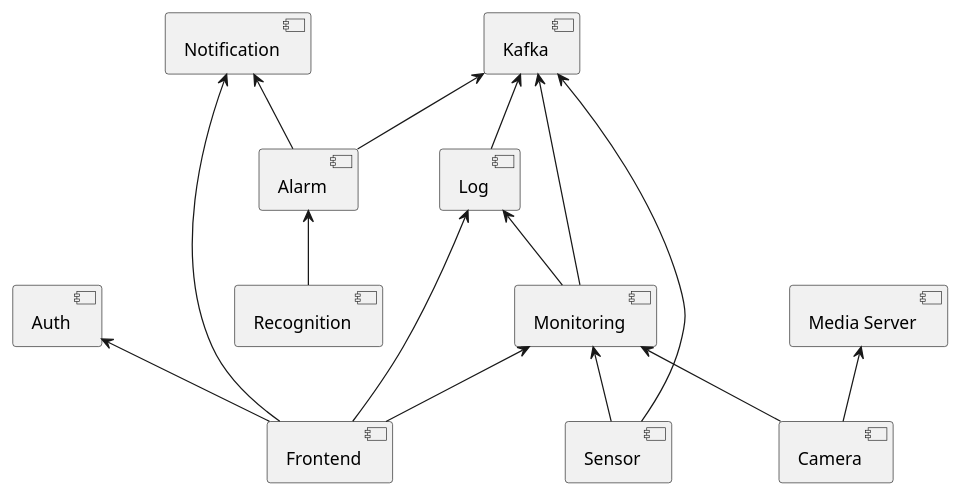
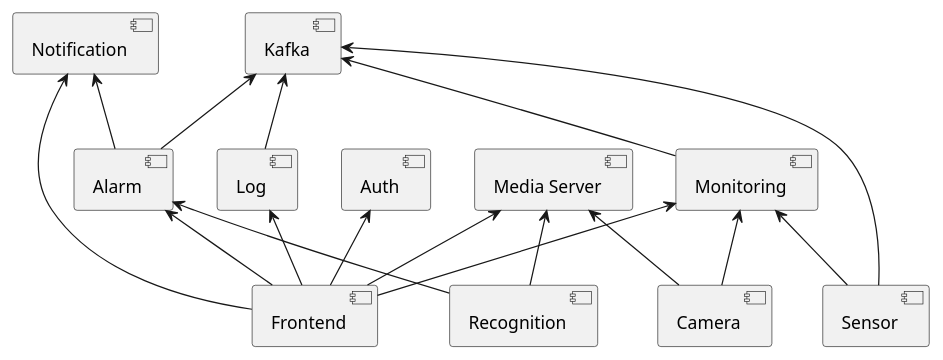
The diagram in docs/uml/DependencyGraph.puml (revue-org/revue), drawn with PlantUML before and after one commit. The commit also changed 1 other file, not shown here.

Commit message:
refactor: remove KafkaManager from notification, fix deps in dependency graph

```diff
--- a/docs/uml/DependencyGraph.puml
+++ b/docs/uml/DependencyGraph.puml
@@ -1,32 +1,34 @@
 @startuml
 'https://plantuml.com/component-diagram
 
 component Kafka
 component Frontend
 component Auth
 component Monitoring
 component Alarm
 component Notification
 component Recognition
 component Log
 component "Media Server" as MediaServer
 component Sensor
 component Camera
 
 Sensor -up-> Kafka
 Monitoring -up-> Kafka
 Log -up-> Kafka
 Alarm -up-> Kafka
-Monitoring -up-> Log
 Frontend -up-> Auth
 Frontend -up-> Notification
 Frontend -up-> Monitoring
+Frontend -up-> Alarm
+Frontend -up-> MediaServer
 Sensor -up-> Monitoring
 Camera -up-> Monitoring
 Camera -up-> MediaServer
 Alarm -up-> Notification
 Recognition -up-> Alarm
+Recognition -up-> MediaServer
 Frontend -up-> Log
 
 
 @enduml
```
